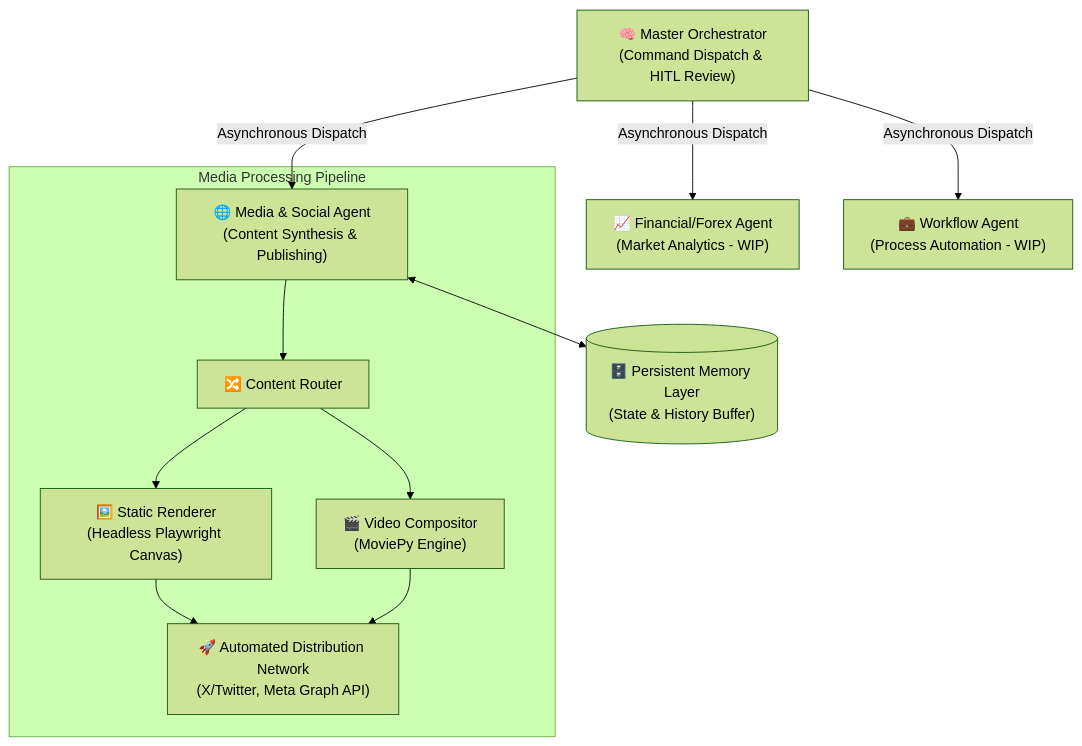
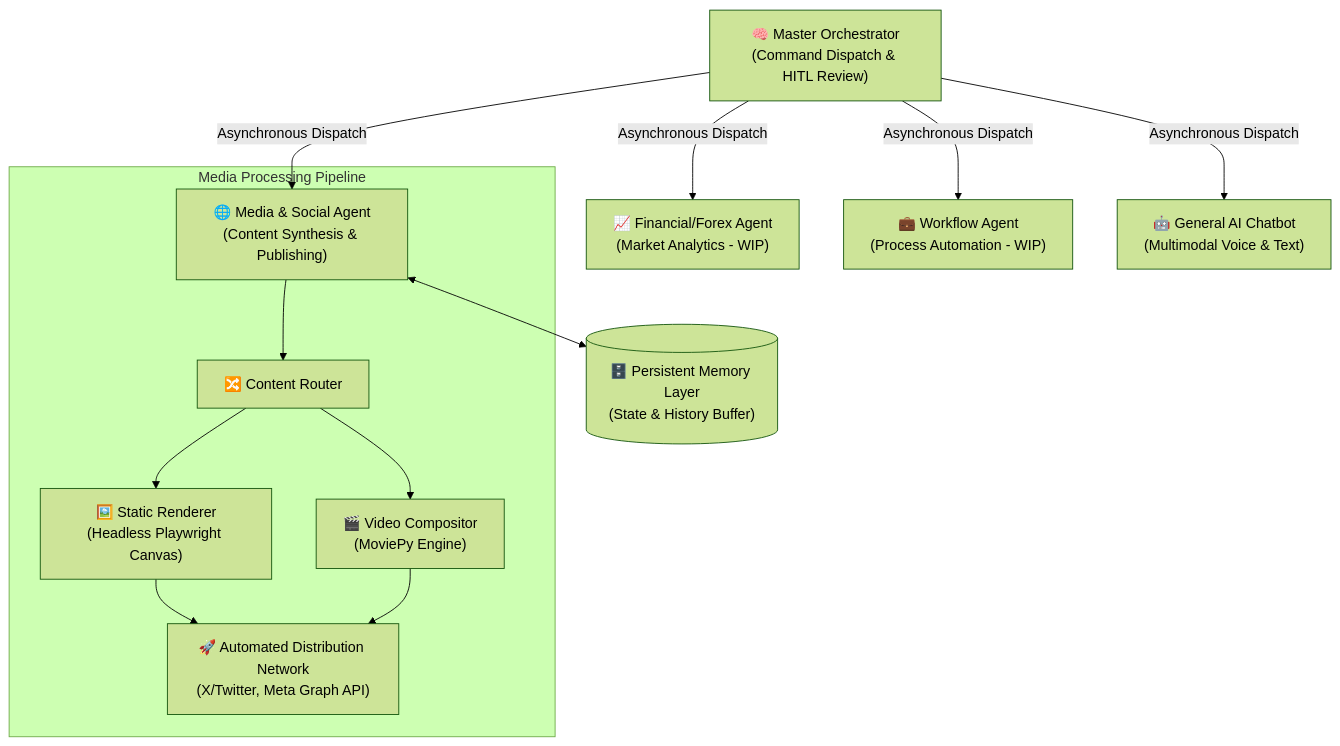
Before and after one commit to charleswereangoye/chronos: the diagram in README.md, drawn with Mermaid (forest theme). The commit also changed other lines of this file and 2 other files, not shown here.

Commit message:
docs: update README with General Chatbot and load balancing details

````diff
--- a/README.md
+++ b/README.md
@@ -41,37 +41,39 @@
 ```mermaid
 graph TD
     %% Main Components
     MO["🧠 Master Orchestrator<br/>(Command Dispatch & HITL Review)"]
     
     %% Sub-Agents
     SA["🌐 Media & Social Agent<br/>(Content Synthesis & Publishing)"]
     FA["📈 Financial/Forex Agent<br/>(Market Analytics - WIP)"]
     JA["💼 Workflow Agent<br/>(Process Automation - WIP)"]
+    CA["🤖 General AI Chatbot<br/>(Multimodal Voice & Text)"]
 
     MO -- "Asynchronous Dispatch" --> SA
     MO -- "Asynchronous Dispatch" --> FA
     MO -- "Asynchronous Dispatch" --> JA
+    MO -- "Asynchronous Dispatch" --> CA
 
     %% Memory Module
     MEM[("🗄️ Persistent Memory Layer<br/>(State & History Buffer)")]
     SA <--> MEM
 
     %% Social Agent Internal Flow
     subgraph "Media Processing Pipeline"
         CR["🔀 Content Router"]
         SA --> CR
         
         %% Paths
         PathA["🖼️ Static Renderer<br/>(Headless Playwright Canvas)"]
         PathB["🎬 Video Compositor<br/>(MoviePy Engine)"]
         
         CR --> PathA
         CR --> PathB
         
         %% Publishers
         Pubs["🚀 Automated Distribution Network<br/>(X/Twitter, Meta Graph API)"]
         
         PathA --> Pubs
         PathB --> Pubs
     end
 ```
````
